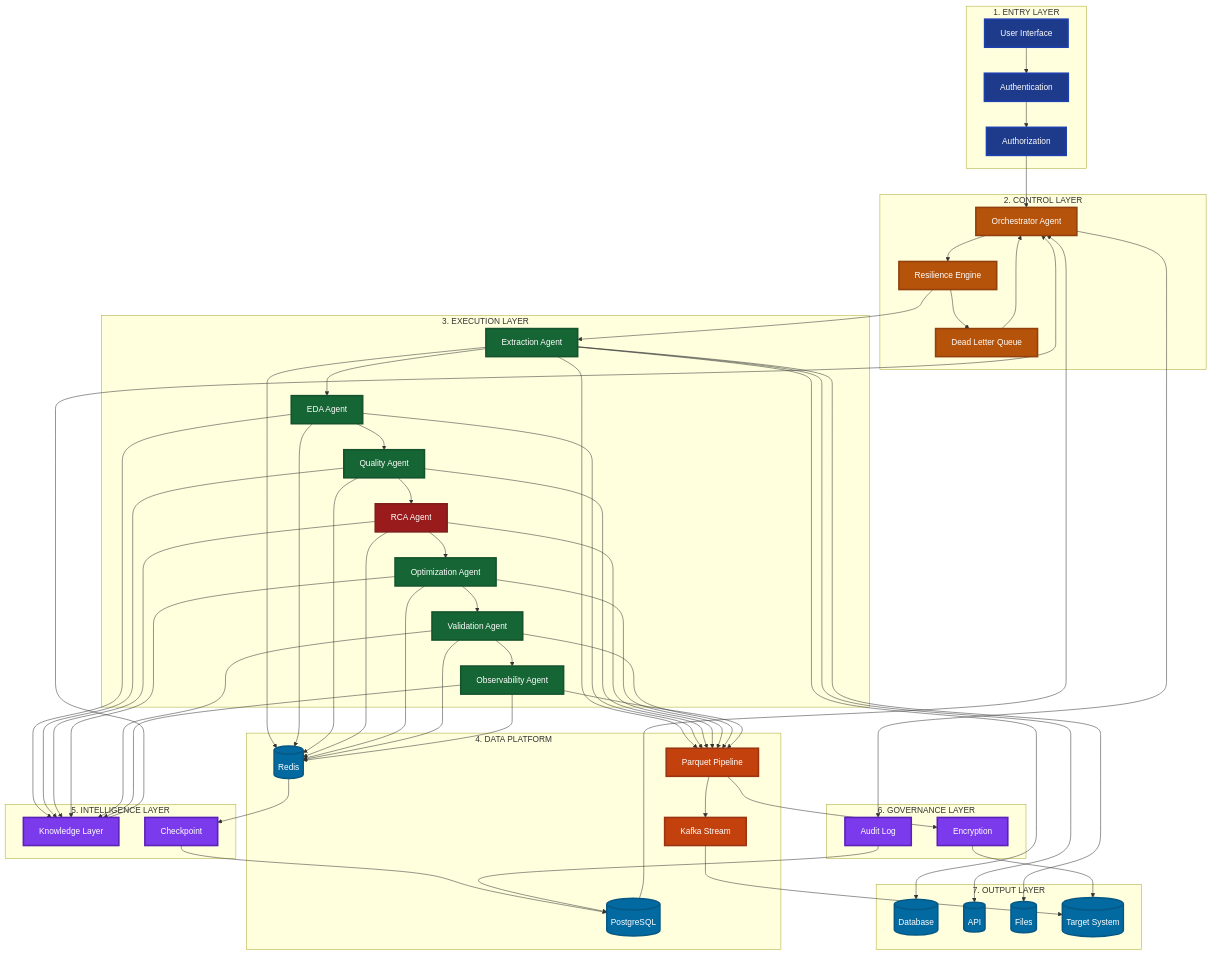
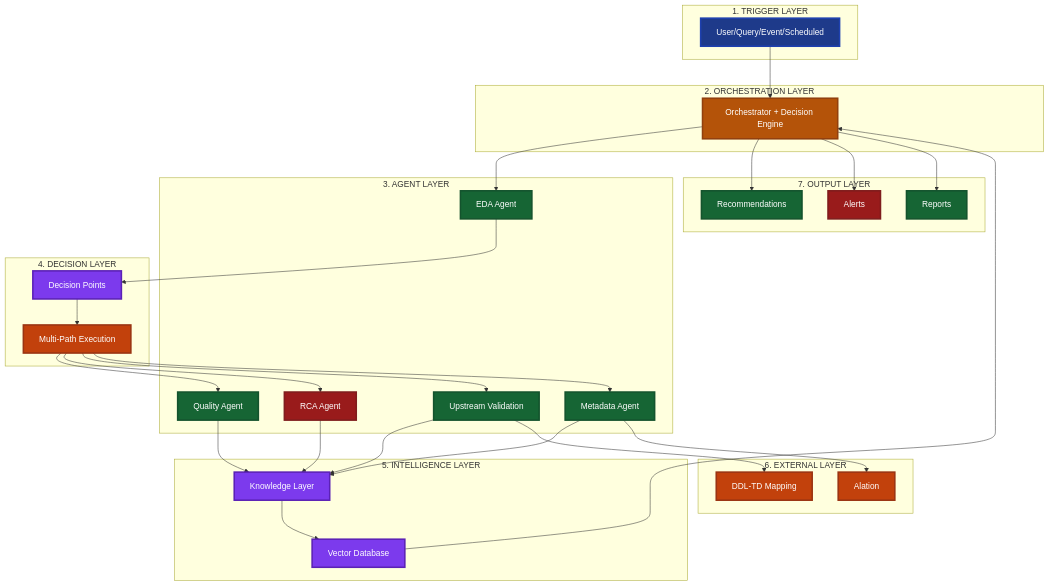
The diagram in architecture-diagram-executive.md (najiatasleem/agentic-de-lifecycle), drawn with Mermaid before and after one commit. The commit also changed other lines of this file and 2 other files, not shown here.

Commit message:
Revise architecture based on senior DS feedback: agentic decision flow, trigger points, agent boundaries, multi-path execution, Alation integration, DDL-TD mapping

````diff
--- a/architecture-diagram-executive.md
+++ b/architecture-diagram-executive.md
@@ -5,130 +5,79 @@
 ```mermaid
 graph TB
-    subgraph "1. ENTRY LAYER"
-        UI[User Interface]
-        AUTH[Authentication]
-        RBAC[Authorization]
+    subgraph "1. TRIGGER LAYER"
+        TRIG[User/Query/Event/Scheduled]
     end
     
-    subgraph "2. CONTROL LAYER"
-        ORCH[Orchestrator Agent]
-        RES[Resilience Engine]
-        DLQ[Dead Letter Queue]
+    subgraph "2. ORCHESTRATION LAYER"
+        ORCH[Orchestrator + Decision Engine]
     end
     
-    subgraph "3. EXECUTION LAYER"
-        INGEST[Extraction Agent]
+    subgraph "3. AGENT LAYER"
         EDA[EDA Agent]
         DQ[Quality Agent]
         RCA[RCA Agent]
-        OPT[Optimization Agent]
-        VAL[Validation Agent]
-        OBS[Observability Agent]
+        UP[Upstream Validation]
+        META[Metadata Agent]
     end
     
-    subgraph "4. DATA PLATFORM"
-        REDIS[(Redis)]
-        PG[(PostgreSQL)]
-        PARQUET[Parquet Pipeline]
-        KAFKA[Kafka Stream]
+    subgraph "4. DECISION LAYER"
+        DEC[Decision Points]
+        MULTI[Multi-Path Execution]
     end
     
     subgraph "5. INTELLIGENCE LAYER"
         KNOW[Knowledge Layer]
-        CHECK[Checkpoint]
+        VDB[Vector Database]
     end
     
-    subgraph "6. GOVERNANCE LAYER"
-        ENC[Encryption]
-        AUDIT[Audit Log]
+    subgraph "6. EXTERNAL LAYER"
+        ALATION[Alation]
+        DDL[DDL-TD Mapping]
     end
     
     subgraph "7. OUTPUT LAYER"
-        DB[(Database)]
-        API[(API)]
-        FILES[(Files)]
-        TARGET[(Target System)]
+        REC[Recommendations]
+        ALERT[Alerts]
+        REPORT[Reports]
     end
     
-    UI --> AUTH
-    AUTH --> RBAC
-    RBAC --> ORCH
+    TRIG --> ORCH
+    ORCH --> EDA
+    EDA --> DEC
+    DEC --> MULTI
+    MULTI --> DQ
+    MULTI --> RCA
+    MULTI --> UP
+    MULTI --> META
     
-    ORCH --> RES
-    RES --> INGEST
-    RES --> DLQ
-    DLQ --> ORCH
-    
-    INGEST --> EDA
-    EDA --> DQ
-    DQ --> RCA
-    RCA --> OPT
-    OPT --> VAL
-    VAL --> OBS
-    
-    INGEST --> PARQUET
-    EDA --> PARQUET
-    DQ --> PARQUET
-    RCA --> PARQUET
-    OPT --> PARQUET
-    VAL --> PARQUET
-    OBS --> PARQUET
-    PARQUET --> KAFKA
-    
-    INGEST --> REDIS
-    EDA --> REDIS
-    DQ --> REDIS
-    RCA --> REDIS
-    OPT --> REDIS
-    VAL --> REDIS
-    OBS --> REDIS
-    
-    REDIS --> CHECK
-    CHECK --> PG
-    
-    EDA --> KNOW
     DQ --> KNOW
     RCA --> KNOW
-    OPT --> KNOW
-    VAL --> KNOW
-    OBS --> KNOW
+    UP --> KNOW
+    META --> KNOW
+    KNOW --> VDB
+    VDB --> ORCH
     
-    KNOW --> ORCH
-    PG --> ORCH
+    UP --> DDL
+    META --> ALATION
     
-    PARQUET --> ENC
-    ENC --> TARGET
-    ORCH --> AUDIT
-    AUDIT --> PG
+    ORCH --> REC
+    ORCH --> ALERT
+    ORCH --> REPORT
     
-    INGEST --> DB
-    INGEST --> API
-    INGEST --> FILES
-    KAFKA --> TARGET
-    
-    style UI fill:#1e3a8a,stroke:#1e40af,stroke-width:3px,color:#ffffff
-    style AUTH fill:#1e3a8a,stroke:#1e40af,stroke-width:3px,color:#ffffff
-    style RBAC fill:#1e3a8a,stroke:#1e40af,stroke-width:3px,color:#ffffff
+    style TRIG fill:#1e3a8a,stroke:#1e40af,stroke-width:3px,color:#ffffff
     style ORCH fill:#b45309,stroke:#92400e,stroke-width:3px,color:#ffffff
-    style RES fill:#b45309,stroke:#92400e,stroke-width:3px,color:#ffffff
-    style DLQ fill:#b45309,stroke:#92400e,stroke-width:3px,color:#ffffff
-    style INGEST fill:#166534,stroke:#14532d,stroke-width:3px,color:#ffffff
     style EDA fill:#166534,stroke:#14532d,stroke-width:3px,color:#ffffff
     style DQ fill:#166534,stroke:#14532d,stroke-width:3px,color:#ffffff
     style RCA fill:#991b1b,stroke:#7f1d1d,stroke-width:3px,color:#ffffff
-    style OPT fill:#166534,stroke:#14532d,stroke-width:3px,color:#ffffff
-    style VAL fill:#166534,stroke:#14532d,stroke-width:3px,color:#ffffff
-    style OBS fill:#166534,stroke:#14532d,stroke-width:3px,color:#ffffff
-    style REDIS fill:#0369a1,stroke:#075985,stroke-width:3px,color:#ffffff
-    style PG fill:#0369a1,stroke:#075985,stroke-width:3px,color:#ffffff
-    style PARQUET fill:#c2410c,stroke:#9a3412,stroke-width:3px,color:#ffffff
-    style KAFKA fill:#c2410c,stroke:#9a3412,stroke-width:3px,color:#ffffff
+    style UP fill:#166534,stroke:#14532d,stroke-width:3px,color:#ffffff
+    style META fill:#166534,stroke:#14532d,stroke-width:3px,color:#ffffff
+    style DEC fill:#7c3aed,stroke:#5b21b6,stroke-width:3px,color:#ffffff
+    style MULTI fill:#c2410c,stroke:#9a3412,stroke-width:3px,color:#ffffff
     style KNOW fill:#7c3aed,stroke:#5b21b6,stroke-width:3px,color:#ffffff
-    style CHECK fill:#7c3aed,stroke:#5b21b6,stroke-width:3px,color:#ffffff
-    style ENC fill:#7c3aed,stroke:#5b21b6,stroke-width:3px,color:#ffffff
-    style AUDIT fill:#7c3aed,stroke:#5b21b6,stroke-width:3px,color:#ffffff
-    style DB fill:#0369a1,stroke:#075985,stroke-width:3px,color:#ffffff
-    style API fill:#0369a1,stroke:#075985,stroke-width:3px,color:#ffffff
-    style FILES fill:#0369a1,stroke:#075985,stroke-width:3px,color:#ffffff
-    style TARGET fill:#0369a1,stroke:#075985,stroke-width:3px,color:#ffffff
+    style VDB fill:#7c3aed,stroke:#5b21b6,stroke-width:3px,color:#ffffff
+    style ALATION fill:#c2410c,stroke:#9a3412,stroke-width:3px,color:#ffffff
+    style DDL fill:#c2410c,stroke:#9a3412,stroke-width:3px,color:#ffffff
+    style REC fill:#166534,stroke:#14532d,stroke-width:3px,color:#ffffff
+    style ALERT fill:#991b1b,stroke:#7f1d1d,stroke-width:3px,color:#ffffff
+    style REPORT fill:#166534,stroke:#14532d,stroke-width:3px,color:#ffffff
 ```
````
